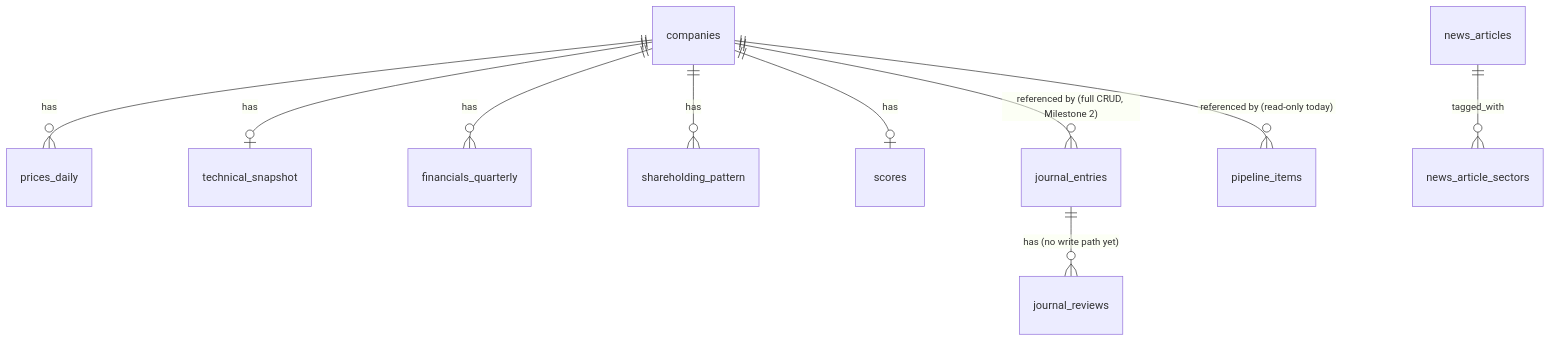
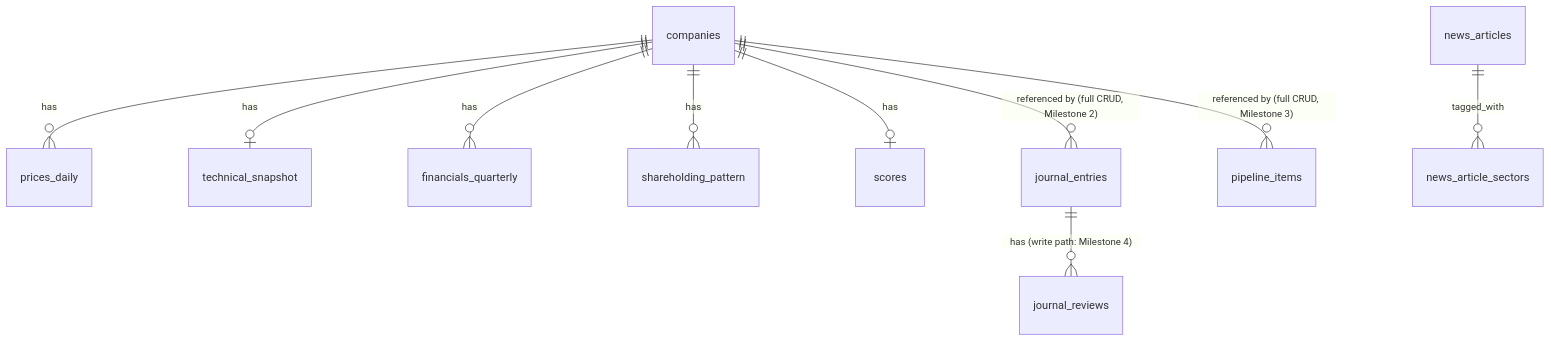
The second of 2 diagrams in ARCHITECTURE.md (maths4life/Stock-Finder), drawn with Mermaid before and after one commit. The commit also changed other lines of this file and 117 other files, not shown here.

Commit message:
feat: improve research page UI and stock chart integration

````diff
--- a/ARCHITECTURE.md
+++ b/ARCHITECTURE.md
@@ -151,12 +154,12 @@
 ```mermaid
 erDiagram
     companies ||--o{ prices_daily : has
     companies ||--o| technical_snapshot : has
     companies ||--o{ financials_quarterly : has
     companies ||--o{ shareholding_pattern : has
     companies ||--o| scores : has
     companies ||--o{ journal_entries : "referenced by (full CRUD, Milestone 2)"
-    journal_entries ||--o{ journal_reviews : "has (no write path yet)"
-    companies ||--o{ pipeline_items : "referenced by (read-only today)"
+    journal_entries ||--o{ journal_reviews : "has (write path: Milestone 4)"
+    companies ||--o{ pipeline_items : "referenced by (full CRUD, Milestone 3)"
     news_articles ||--o{ news_article_sectors : tagged_with
 ```
````
